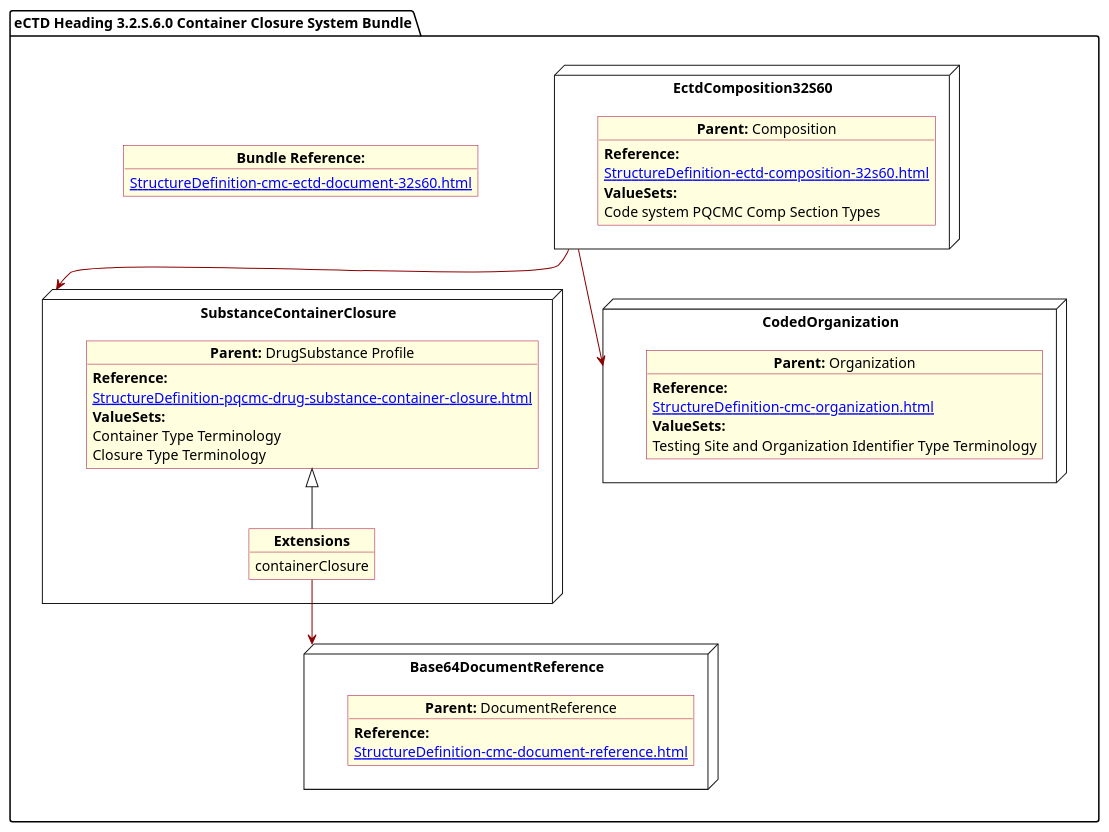
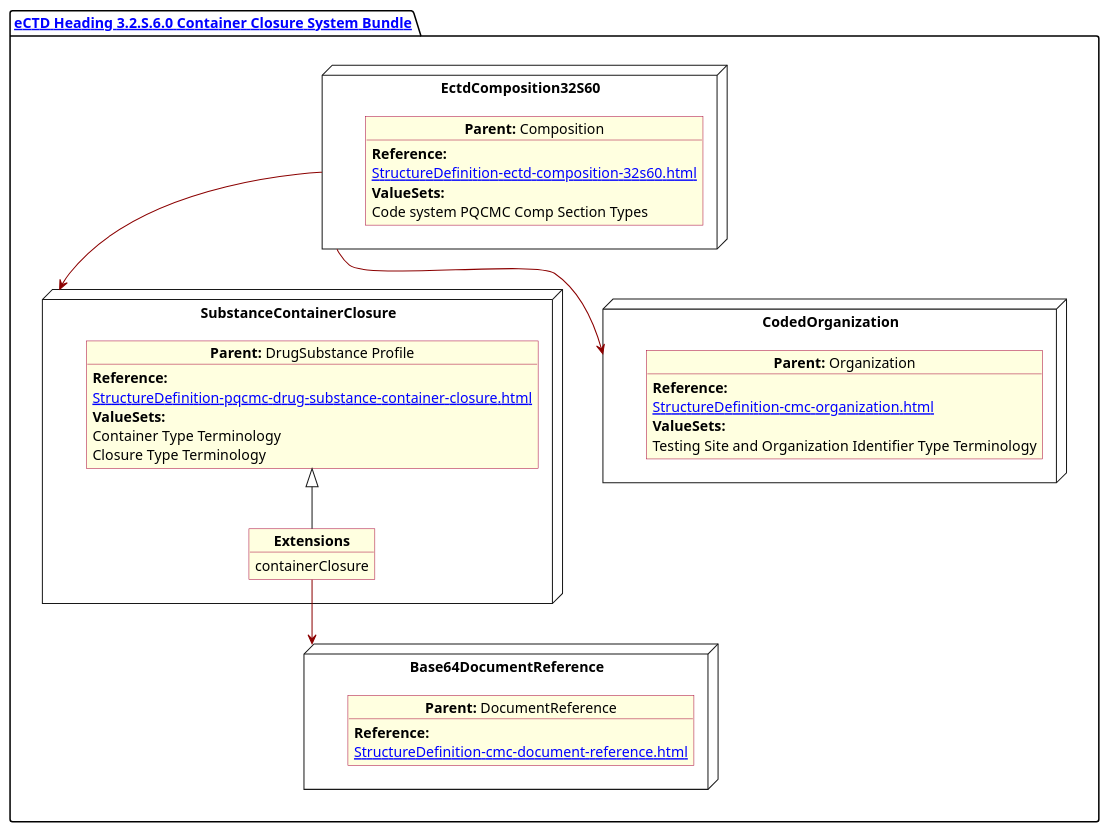
Before and after one commit to HL7/FHIR-us-pq-cmc-fda: the diagram in input/images-source/SubstanceContainer.plantuml, drawn with PlantUML. The commit also changed 11 other files, not shown here.

Commit message:
plantUML package has hyperlink to bundle

```diff
--- a/input/images-source/SubstanceContainer.plantuml
+++ b/input/images-source/SubstanceContainer.plantuml
@@ -1,65 +1,62 @@
 @startuml SubstanceContainer
 allowmixing
 'Mixed model of use case and object
 skinparam svgDimensionStyle false
 skinparam ObjectBackgroundColor LightYellow
 skinparam ObjectBorderColor #A80036
 skinparam activityDiamondBorderColor #A80036
 skinparam activityDiamondBackgroundColor lawnGreen
 skinparam ClassBorderThickness 4
 
-package "eCTD Heading 3.2.S.6.0 Container Closure System Bundle" as NODES {
+package "[[StructureDefinition-cmc-ectd-document-32s60.html eCTD Heading 3.2.S.6.0 Container Closure System Bundle]]" as NODES {
 
-  object "**Bundle Reference:**" as objbun {
-    [[StructureDefinition-cmc-ectd-document-32s60.html]]
-  }
 
 
   node "EctdComposition32S60" as N1 {
 
     object "**Parent:** Composition" as obj1 {
       **Reference:**
       [[StructureDefinition-ectd-composition-32s60.html]]
       **ValueSets:**
       Code system PQCMC Comp Section Types
     }
 
   }
   node "SubstanceContainerClosure" as N21 {
 
     object "**Parent:** DrugSubstance Profile" as obj22 {
       **Reference:**
       [[StructureDefinition-pqcmc-drug-substance-container-closure.html]]
       **ValueSets:**
       Container Type Terminology
       Closure Type Terminology
     }
     object "**Extensions**" as objEx {
       containerClosure
     }
     obj22 <|-- objEx
   }
   node "Base64DocumentReference" as NB64 {
 
     object "**Parent:** DocumentReference"  as obj64 {
 
       **Reference:**
       [[StructureDefinition-cmc-document-reference.html]]
     }
 
   }
   node "CodedOrganization" as NSO {
 
     object "**Parent:** Organization" as objAu {
       **Reference:**
       [[StructureDefinition-cmc-organization.html]]
       **ValueSets:**
       Testing Site and Organization Identifier Type Terminology
     }
   }
 }
 
 N1 -[#darkred]-> N21
 N1 -[#darkred]-> NSO
 objEx -[#darkred]-> NB64
 @enduml
```
